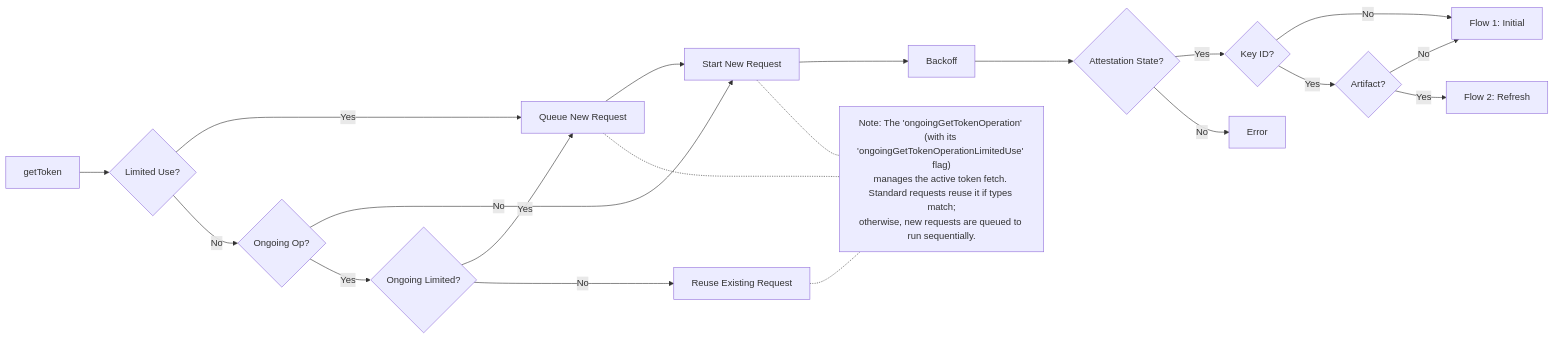
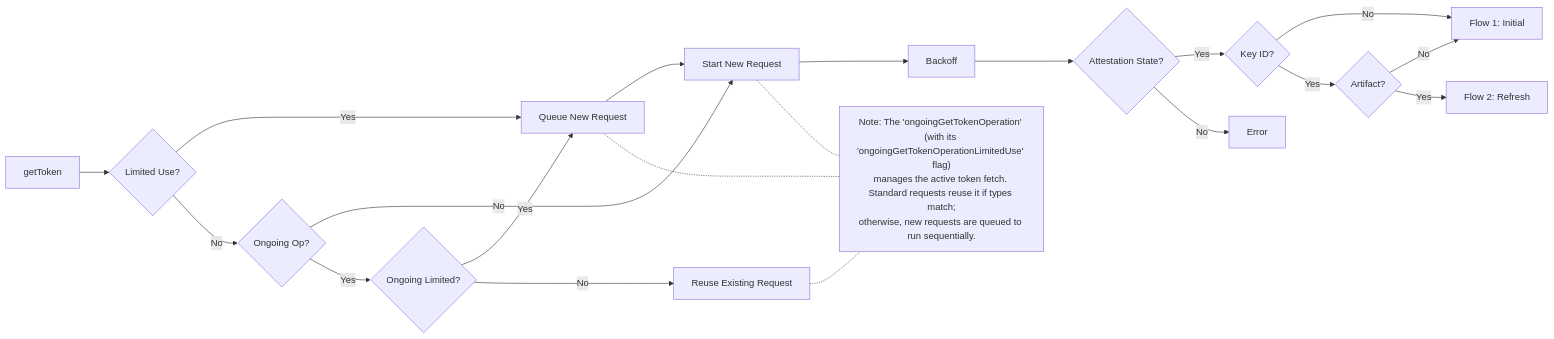
The first of 4 diagrams in docs/providers/app-attest.md (google/app-check), drawn with Mermaid before and after one commit.

````diff
--- a/docs/providers/app-attest.md
+++ b/docs/providers/app-attest.md
@@ -31,33 +31,33 @@
 ```mermaid
-%%{init: {"flowchart": {"diagramPadding": 120}}}%%
+%%{init: {"flowchart": {"diagramPadding": 125}}}%%
 flowchart LR
     Start[getToken] --> CheckUse{Limited Use?}
     
     CheckUse -- Yes --> Queue[Queue New Request]
     CheckUse -- No --> Coalesce{Ongoing Op?}
     
     Coalesce -- No --> StartNew[Start New Request]
     Coalesce -- Yes --> CheckOngoing{Ongoing Limited?}
     
     CheckOngoing -- Yes --> Queue
     CheckOngoing -- No --> Reuse[Reuse Existing Request]
     
     Queue --> StartNew
     StartNew --> Backoff[Backoff]
     
     Backoff --> StateCheck{Attestation State?}
     
     StateCheck -->|Yes| KeyCheck{Key ID?}
     
     KeyCheck -- No --> Flow1[Flow 1: Initial]
     KeyCheck -- Yes --> ArtifactCheck{Artifact?}
     
     ArtifactCheck -- No --> Flow1
     ArtifactCheck -- Yes --> Flow2[Flow 2: Refresh]
 
     StateCheck -->|No| Error[Error]
 
     Reuse -.- Footnote["Note: The 'ongoingGetTokenOperation' (with its 'ongoingGetTokenOperationLimitedUse' flag)<br/>manages the active token fetch. Standard requests reuse it if types match;<br/>otherwise, new requests are queued to run sequentially."]
     Queue -.- Footnote
     StartNew -.- Footnote
 ```
````
